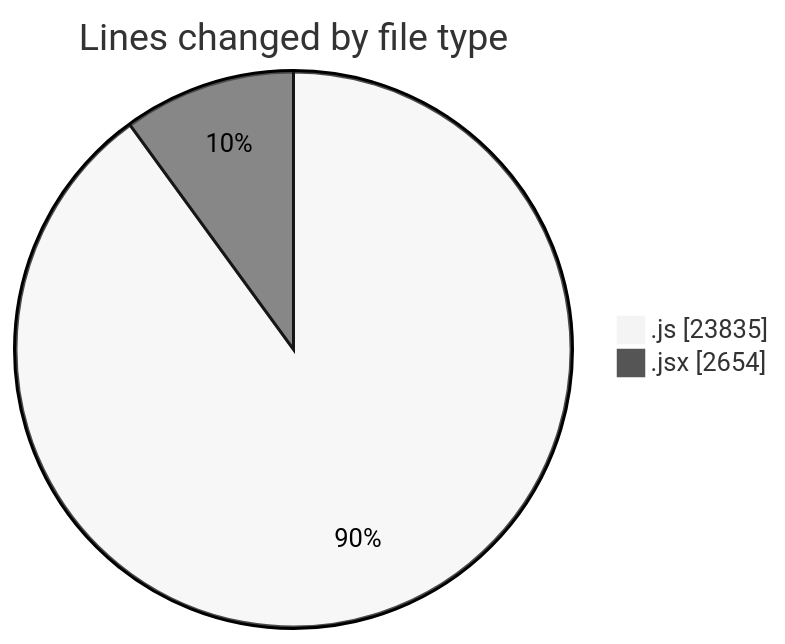
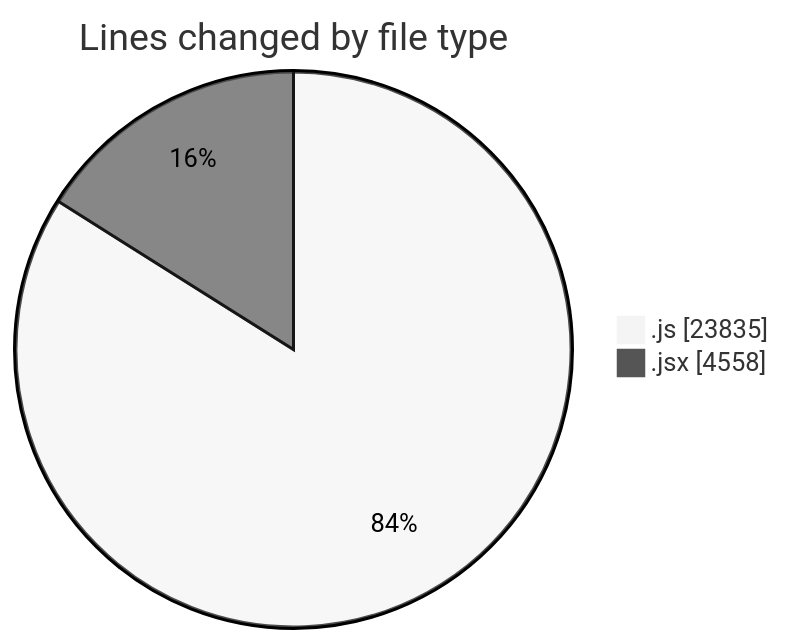
One commit to nxtqubesakshisongat/code-tracking changed the first of 2 diagrams in 2025-10-01/nxtqube_webapp/README.md. Above: the diagram before and after it, drawn with Mermaid (neutral theme). The commit also changed other lines of this file and 1 other file, not shown here.

````diff
--- a/2025-10-01/nxtqube_webapp/README.md
+++ b/2025-10-01/nxtqube_webapp/README.md
@@ -24,6 +25,6 @@
 ```mermaid
 pie showData
 title Lines changed by file type
 ".js" : 23835
-".jsx" : 2654
+".jsx" : 4558
 ```
````
